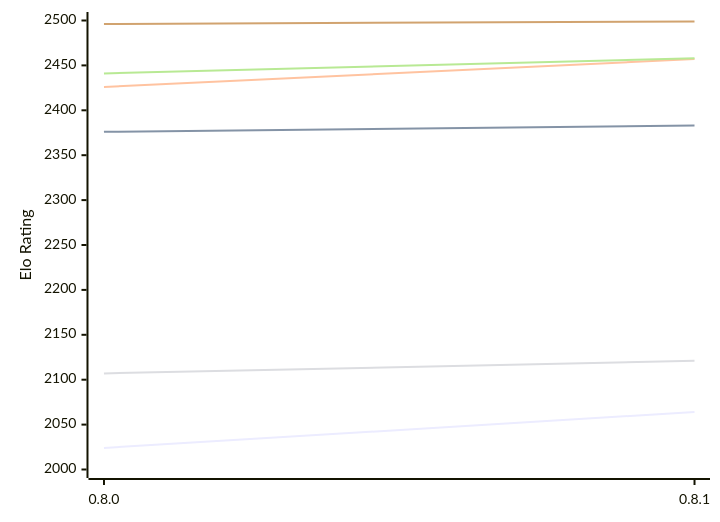
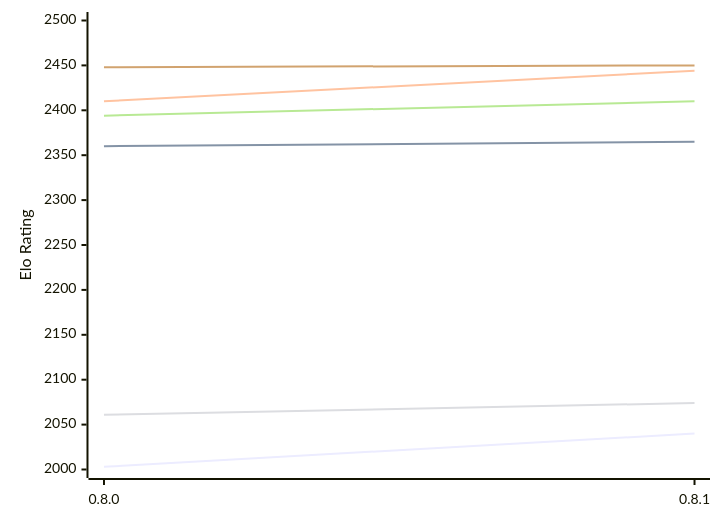
Before and after one commit to computer-chess-index/cci: the diagram in engines/LittleWing.md, drawn with Mermaid. The commit also changed other lines of this file, not shown here.

Commit message:
Update CCI Ratings (ELO VLTC) - 2026-11-08

````diff
--- a/engines/LittleWing.md
+++ b/engines/LittleWing.md
@@ -49,12 +49,12 @@
 ```mermaid
 %%{init: {"theme":"base","themeVariables":{"seriesColors:['#a3a3a3','#222221','#faa371']}}}%%
 xychart-beta
   x-axis ["0.8.0", "0.8.1"]
   y-axis "Elo Rating" 2000 --> 2500
-  line "E1: STC (8.0+0.08s)" [2024, 2064]
-  line "E1: LTC (60.0+0.60s)" [2376, 2383]
-  line "E1: VLTC (2m24s+1.12s)" [2426, 2457]
-  line "P1: STC (8.0+0.08s)" [2107, 2121]
-  line "P1: LTC (60.0+0.60s)" [2441, 2458]
-  line "P1: VLTC (2m24s+1.12s)" [2496, 2499]
+  line "E1: STC (8.0+0.08s)" [2003, 2040]
+  line "E1: LTC (60.0+0.60s)" [2360, 2365]
+  line "E1: VLTC (2m24s+1.12s)" [2410, 2444]
+  line "P1: STC (8.0+0.08s)" [2061, 2074]
+  line "P1: LTC (60.0+0.60s)" [2394, 2410]
+  line "P1: VLTC (2m24s+1.12s)" [2448, 2450]
 ```
````
